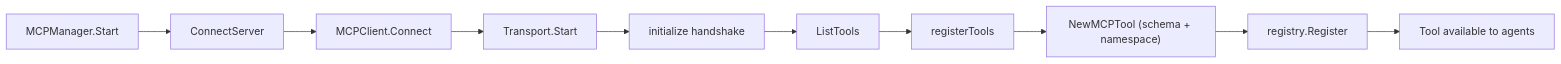
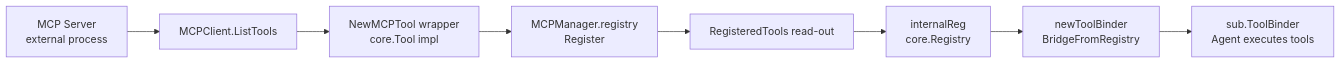
Before and after one commit to Timwood0x10/ARES: the fourth of 4 diagrams in docs/articles/en/15-mcp-integration-deep-dive.md, drawn with Mermaid. The commit also changed other lines of this file and 2423 other files, not shown here.

````diff
--- a/docs/articles/en/15-mcp-integration-deep-dive.md
+++ b/docs/articles/en/15-mcp-integration-deep-dive.md
@@ -384,12 +516,10 @@
 ```mermaid
 graph LR
-    A[MCPManager.Start] --> B[ConnectServer]
-    B --> C[MCPClient.Connect]
-    C --> D[Transport.Start]
-    D --> E[initialize handshake]
-    E --> F[ListTools]
-    F --> G[registerTools]
-    G --> H["NewMCPTool (schema + namespace)"]
-    H --> I[registry.Register]
-    I --> J[Tool available to agents]
+    A[MCP Server<br/>external process] --> B[MCPClient.ListTools]
+    B --> C[NewMCPTool wrapper<br/>core.Tool impl]
+    C --> D[MCPManager.registry<br/>Register]
+    D --> E[RegisteredTools read-out]
+    E --> F[internalReg<br/>core.Registry]
+    F --> G[newToolBinder<br/>BridgeFromRegistry]
+    G --> H[sub.ToolBinder<br/>Agent executes tools]
 ```
````
